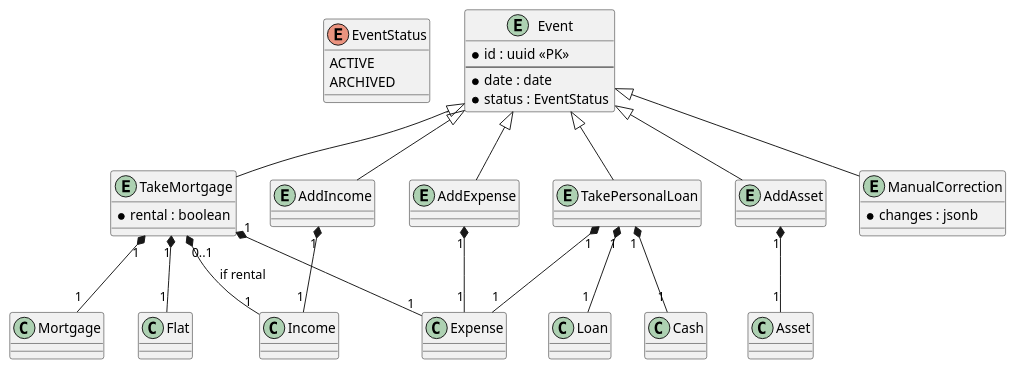
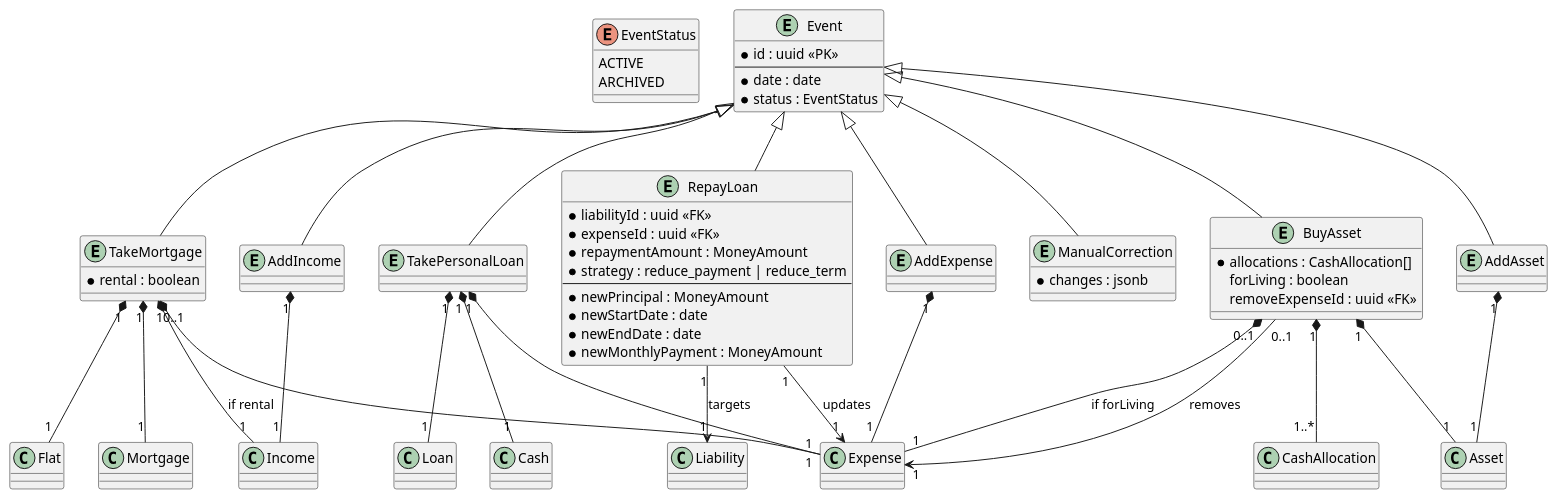
One commit to littlewhywhat/loan-advisor changed the diagram in spec/diagram/events.puml. Above: the diagram before and after it, drawn with PlantUML. The commit also changed 16 other files, not shown here.

```diff
--- a/spec/diagram/events.puml
+++ b/spec/diagram/events.puml
@@ -1,56 +1,84 @@
 @startuml finance-events
 
 enum EventStatus {
   ACTIVE
   ARCHIVED
 }
 
 entity Event {
   * id : uuid <<PK>>
   --
   * date : date
   * status : EventStatus
 }
 
 entity TakeMortgage {
   * rental : boolean
 }
 
 entity TakePersonalLoan {
 }
 
 entity AddAsset {
 }
 
 entity AddIncome {
 }
 
 entity AddExpense {
 }
 
 entity ManualCorrection {
   * changes : jsonb
 }
 
+entity RepayLoan {
+  * liabilityId : uuid <<FK>>
+  * expenseId : uuid <<FK>>
+  * repaymentAmount : MoneyAmount
+  * strategy : reduce_payment | reduce_term
+  --
+  * newPrincipal : MoneyAmount
+  * newStartDate : date
+  * newEndDate : date
+  * newMonthlyPayment : MoneyAmount
+}
+
+entity BuyAsset {
+  * allocations : CashAllocation[]
+  forLiving : boolean
+  removeExpenseId : uuid <<FK>>
+}
+
 Event <|-- TakeMortgage
 Event <|-- TakePersonalLoan
 Event <|-- AddAsset
 Event <|-- AddIncome
 Event <|-- AddExpense
 Event <|-- ManualCorrection
+Event <|-- RepayLoan
+Event <|-- BuyAsset
 
 TakeMortgage "1" *-- "1" Mortgage
 TakeMortgage "1" *-- "1" Flat
 TakeMortgage "1" *-- "1" Expense
 TakeMortgage "0..1" *-- "1" Income : if rental
 
 TakePersonalLoan "1" *-- "1" Loan
 TakePersonalLoan "1" *-- "1" Cash
 TakePersonalLoan "1" *-- "1" Expense
 
 AddAsset "1" *-- "1" Asset
 
 AddIncome "1" *-- "1" Income
 AddExpense "1" *-- "1" Expense
 
+RepayLoan "1" --> "1" Liability : targets
+RepayLoan "1" --> "1" Expense : updates
+
+BuyAsset "1" *-- "1" Asset
+BuyAsset "1" *-- "1..*" CashAllocation
+BuyAsset "0..1" *-- "1" Expense : if forLiving
+BuyAsset "0..1" --> "1" Expense : removes
+
 @enduml
```
